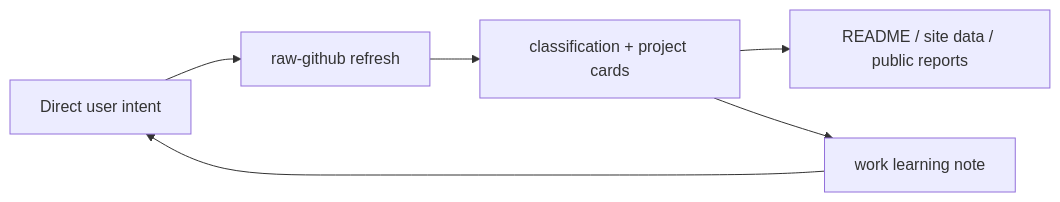
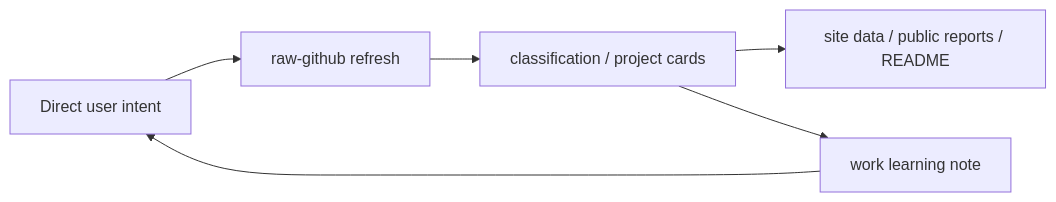
One commit to Shiyao-Huang/awesome-agent-evolution changed the diagram in .mermaid/current/graph.mmd. Above: the diagram before and after it, drawn with Mermaid. The commit also changed 36 other files, not shown here.

```diff
--- a/.mermaid/current/graph.mmd
+++ b/.mermaid/current/graph.mmd
@@ -1,6 +1,6 @@
 flowchart LR
   INTENT["Direct user intent"] --> RAW["raw-github refresh"]
-  RAW --> PROC["classification + project cards"]
-  PROC --> SITE["README / site data / public reports"]
+  RAW --> PROC["classification / project cards"]
+  PROC --> SITE["site data / public reports / README"]
   PROC --> NOTE["work learning note"]
   NOTE --> INTENT
```
